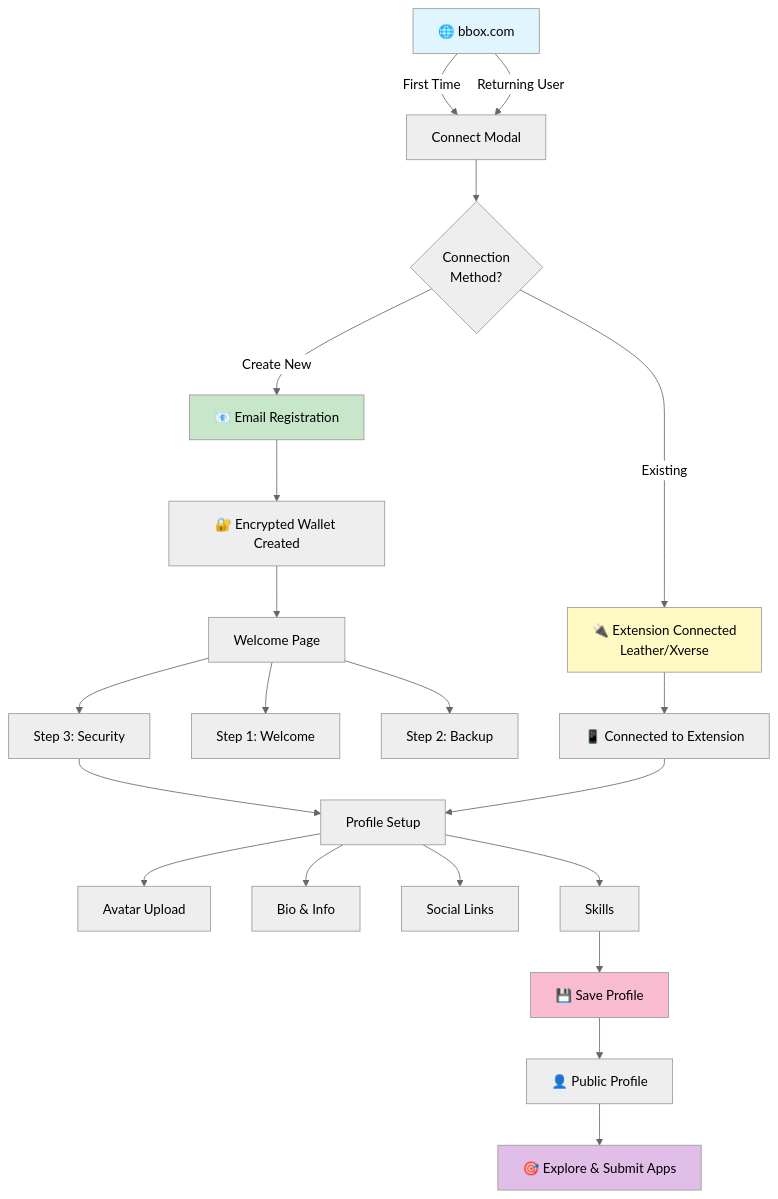
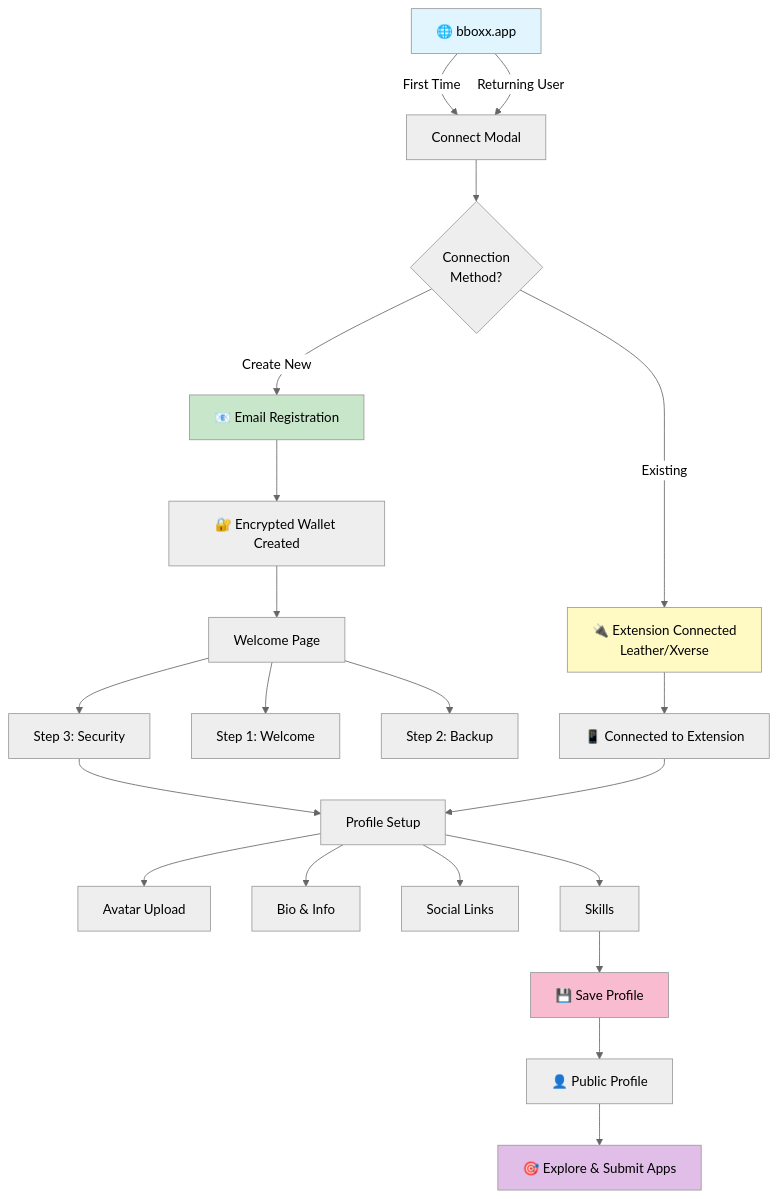
Before and after one commit to zuyux/bbox: the sixth of 8 diagrams in onboarding.md, drawn with Mermaid (neutral theme). The commit also changed other lines of this file and 84 other files, not shown here.

Commit message:
Update app content and account flows

````diff
--- a/onboarding.md
+++ b/onboarding.md
@@ -276,37 +276,37 @@
 ```mermaid
 graph TD
-    A["🌐 bbox.com"]
+    A["🌐 bboxx.app"]
     A -->|"First Time"| B["Connect Modal"]
     A -->|"Returning User"| B
     
     B --> C{"Connection<br/>Method?"}
     
     C -->|"Create New"| D["📧 Email Registration"]
     C -->|"Existing"| E["🔌 Extension Connected<br/>Leather/Xverse"]
     
     D --> F["🔐 Encrypted Wallet Created"]
     E --> G["📱 Connected to Extension"]
     
     F --> H["Welcome Page"]
     H --> H1["Step 1: Welcome"]
     H --> H2["Step 2: Backup"]
     H --> H3["Step 3: Security"]
     
     H3 --> I["Profile Setup"]
     G --> I
     
     I --> I1["Avatar Upload"]
     I --> I2["Bio & Info"]
     I --> I3["Social Links"]
     I --> I4["Skills"]
     
     I4 --> J["💾 Save Profile"]
     J --> K["👤 Public Profile"]
     K --> L["🎯 Explore & Submit Apps"]
     
     style A fill:#e1f5ff
     style D fill:#c8e6c9
     style E fill:#fff9c4
     style J fill:#f8bbd0
     style L fill:#e1bee7
 ```
````
